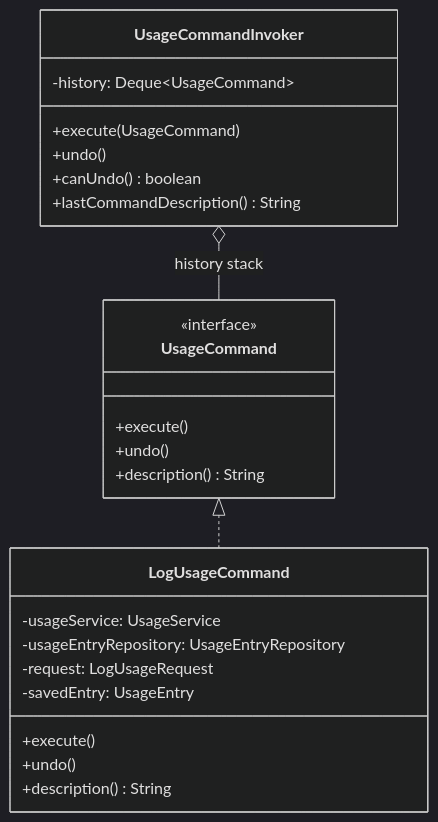
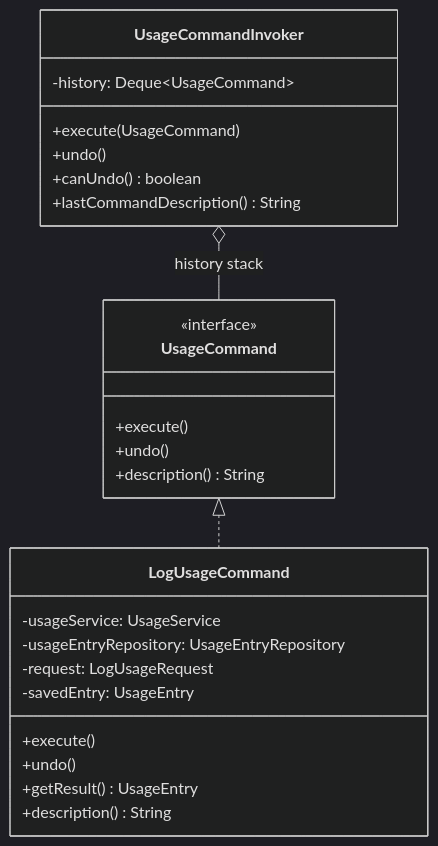
Diagram 16 of 33 in README.md (ced-kwong29/design-patterns), drawn with Mermaid (dark theme) before and after one commit. The commit also changed other lines of this file, not shown here.

````diff
--- a/README.md
+++ b/README.md
@@ -486,30 +486,31 @@
 ```mermaid
 classDiagram
     class UsageCommand {
         <<interface>>
         +execute()
         +undo()
         +description() String
     }
 
     class LogUsageCommand {
         -usageService: UsageService
         -usageEntryRepository: UsageEntryRepository
         -request: LogUsageRequest
         -savedEntry: UsageEntry
         +execute()
         +undo()
+        +getResult() UsageEntry
         +description() String
     }
 
     class UsageCommandInvoker {
         -history: Deque~UsageCommand~
         +execute(UsageCommand)
         +undo()
         +canUndo() boolean
         +lastCommandDescription() String
     }
 
     UsageCommand <|.. LogUsageCommand
     UsageCommandInvoker o-- UsageCommand : history stack
 ```
````
